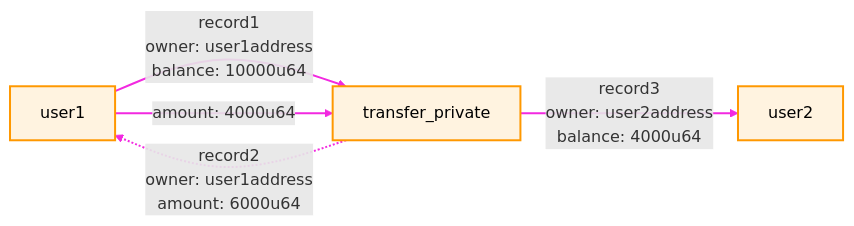
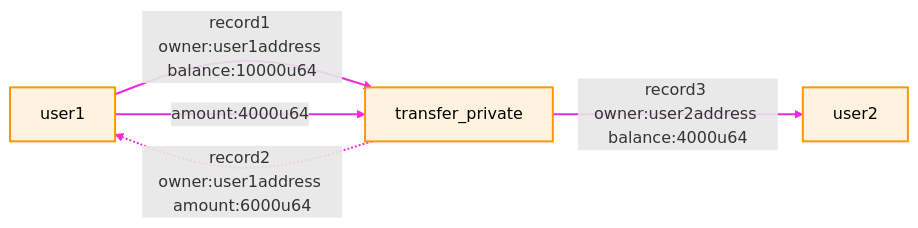
Before and after one commit to AleoNet/welcome: the second of 5 diagrams in documentation/concepts/fundamentals/08_transfers.md, drawn with Mermaid. The commit also changed other lines of this file, not shown here.

Commit message:
Fix 08_transfers.md markdown diagrams

````diff
--- a/documentation/concepts/fundamentals/08_transfers.md
+++ b/documentation/concepts/fundamentals/08_transfers.md
@@ -92,10 +92,10 @@
 ```mermaid
 graph LR
-    user1--record1 \n owner: user1address \n balance: 10000u64-->t1[transfer_private]
-    user1--amount: 4000u64-->t1
-    t1-.record2 \n owner: user1address \n amount: 6000u64.->user1
-    t1--record3  \n owner: user2address \n balance: 4000u64-->user2
+    user1--record1 owner:user1address balance:10000u64-->t1[transfer_private]
+    user1--amount:4000u64-->t1
+    t1-.record2 owner:user1address amount:6000u64.->user1
+    t1--record3 owner:user2address balance:4000u64-->user2
 
     classDef default fill:#fff3e0,stroke:#ff9800,stroke-width:2px,color:#000;
     linkStyle default stroke:#f229e0,stroke-width:2px;
 ```
````
